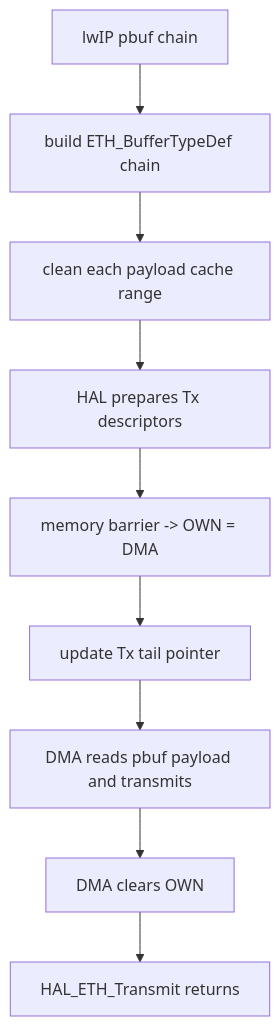
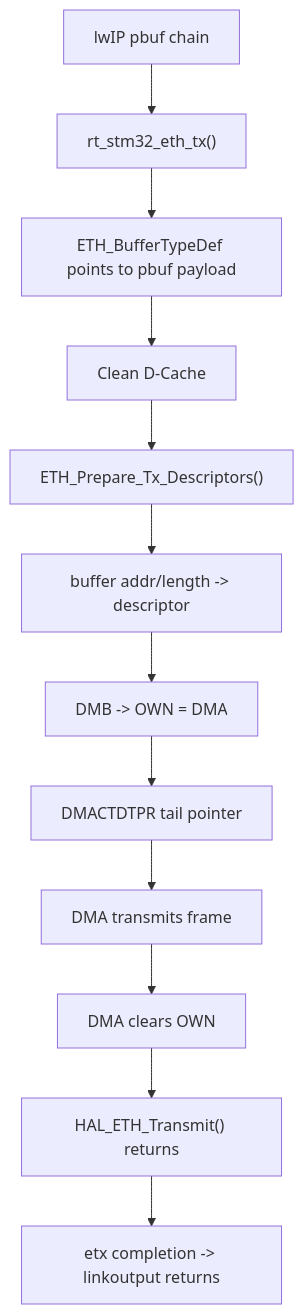
Before and after one commit to wdfk-prog/lwIP-Source-Lab: the eighth of 8 diagrams in docs/43-stm32h7-ethernet-dma-cache-zero-copy.md, drawn with Mermaid. The commit also changed other lines of this file and 49 other files, not shown here.

````diff
--- a/docs/43-stm32h7-ethernet-dma-cache-zero-copy.md
+++ b/docs/43-stm32h7-ethernet-dma-cache-zero-copy.md
@@ -553,11 +988,14 @@
 ```mermaid
 flowchart TD
-    A["lwIP pbuf chain"] --> B["build ETH_BufferTypeDef chain"]
-    B --> C["clean each payload cache range"]
-    C --> D["HAL prepares Tx descriptors"]
-    D --> E["memory barrier -> OWN = DMA"]
-    E --> F["update Tx tail pointer"]
-    F --> G["DMA reads pbuf payload and transmits"]
-    G --> H["DMA clears OWN"]
-    H --> I["HAL_ETH_Transmit returns"]
+    A["lwIP pbuf chain"] --> B["rt_stm32_eth_tx()"]
+    B --> C["ETH_BufferTypeDef points to pbuf payload"]
+    C --> D["Clean D-Cache"]
+    D --> E["ETH_Prepare_Tx_Descriptors()"]
+    E --> F["buffer addr/length -> descriptor"]
+    F --> G["DMB -> OWN = DMA"]
+    G --> H["DMACTDTPR tail pointer"]
+    H --> I["DMA transmits frame"]
+    I --> J["DMA clears OWN"]
+    J --> K["HAL_ETH_Transmit() returns"]
+    K --> L["etx completion -> linkoutput returns"]
 ```
````
